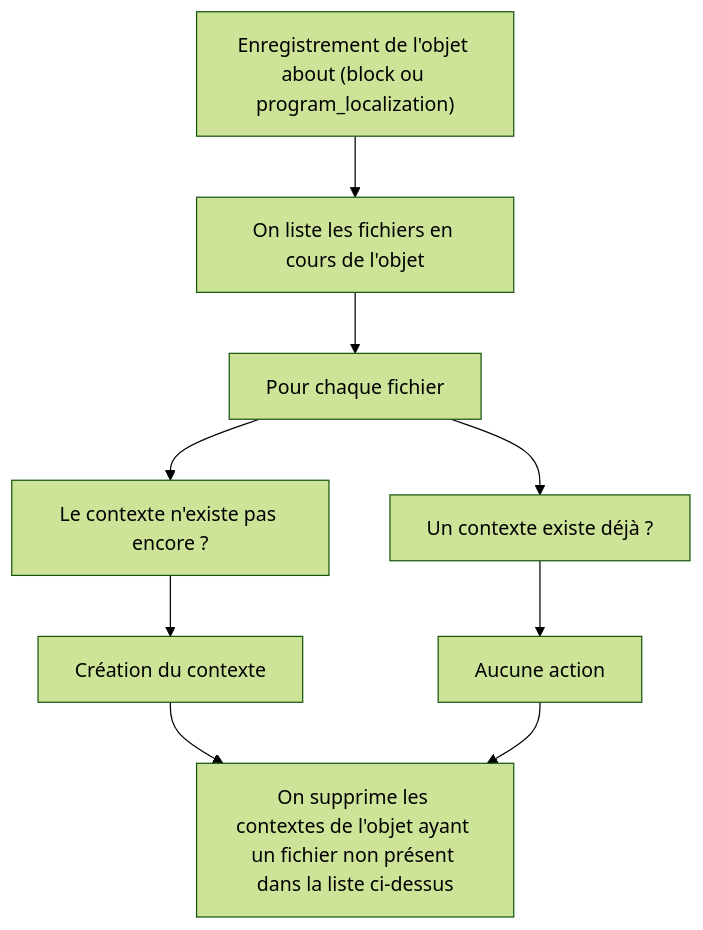
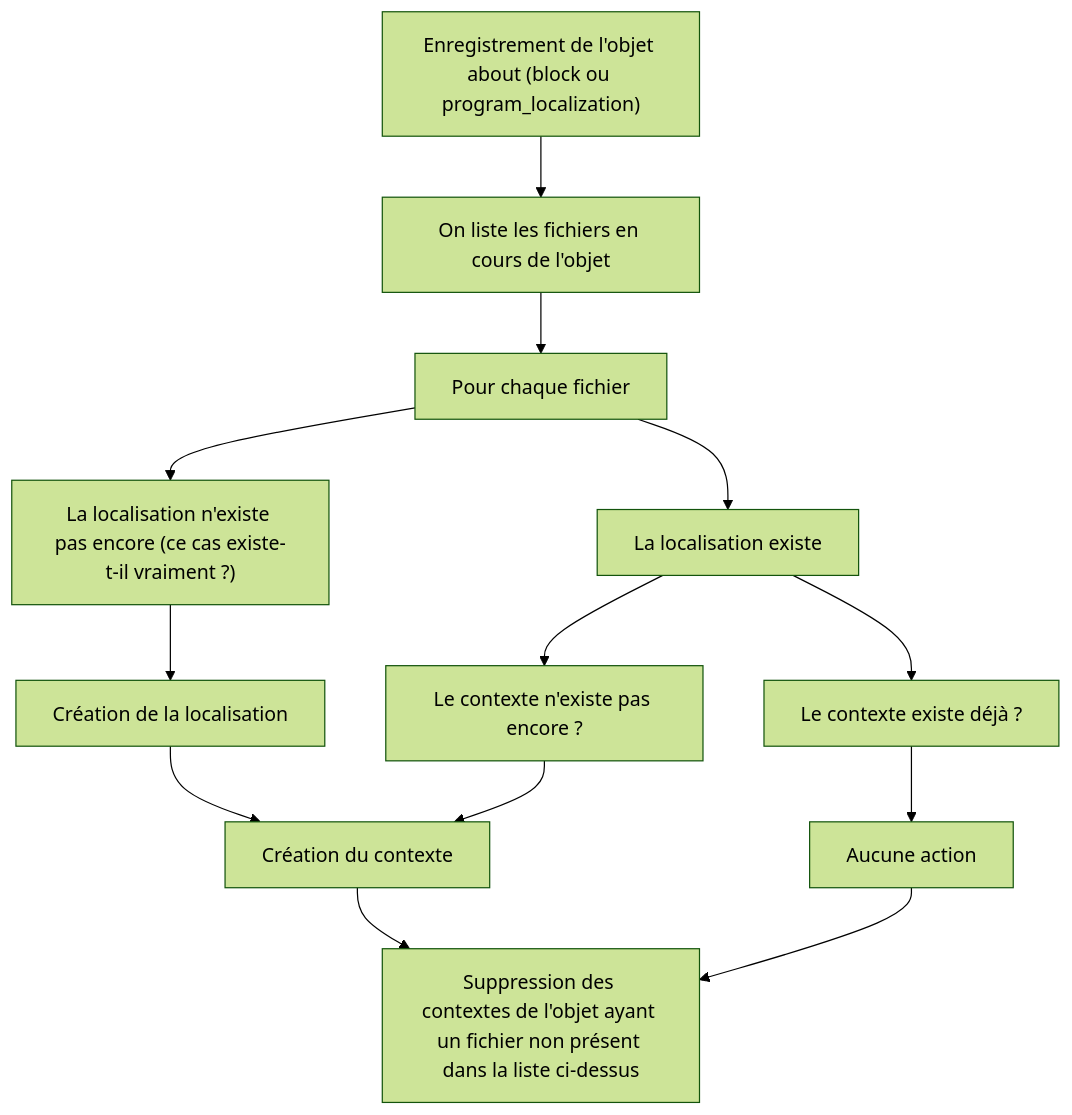
The second of 2 diagrams in content/docs/admin/composants/file-library.md (osunyorg/developers), drawn with Mermaid (forest theme) before and after one commit. The commit also changed other lines of this file, not shown here.

````diff
--- a/content/docs/admin/composants/file-library.md
+++ b/content/docs/admin/composants/file-library.md
@@ -37,15 +36,21 @@
 ```mermaid
 graph TD;
   Enregistrement-->Fichiers-->Fichier;
-  Fichier-->ContexteNecessaire-->CreationContexte-->SuppressionContexteObsolete;
-  Fichier-->ContexteExiste-->Rien-->SuppressionContexteObsolete;
+  Fichier-->LocaNecessaire-->CreationLoca-->CreationContexte;
+  Fichier-->LocaExiste;
+  LocaExiste-->ContexteNecessaire-->CreationContexte;
+  LocaExiste-->ContexteExiste-->Rien-->SuppressionContextesObsoletes;
+  CreationContexte-->SuppressionContextesObsoletes;
 
   Enregistrement["Enregistrement de l'objet about (block ou program_localization)"]
   Fichiers["On liste les fichiers en cours de l'objet"]
   Fichier["Pour chaque fichier"]
+  LocaExiste["La localisation existe"]
+  LocaNecessaire["La localisation n'existe pas encore (ce cas existe-t-il vraiment ?)"]
+  CreationLoca["Création de la localisation"]
   ContexteNecessaire["Le contexte n'existe pas encore ?"]
-  ContexteExiste["Un contexte existe déjà ?"]
+  ContexteExiste["Le contexte existe déjà ?"]
   CreationContexte["Création du contexte"]
   Rien["Aucune action"]
-  SuppressionContexteObsolete["On supprime les contextes de l'objet ayant un fichier non présent dans la liste ci-dessus"]
+  SuppressionContextesObsoletes["Suppression des contextes de l'objet ayant un fichier non présent dans la liste ci-dessus"]
 ```
````
